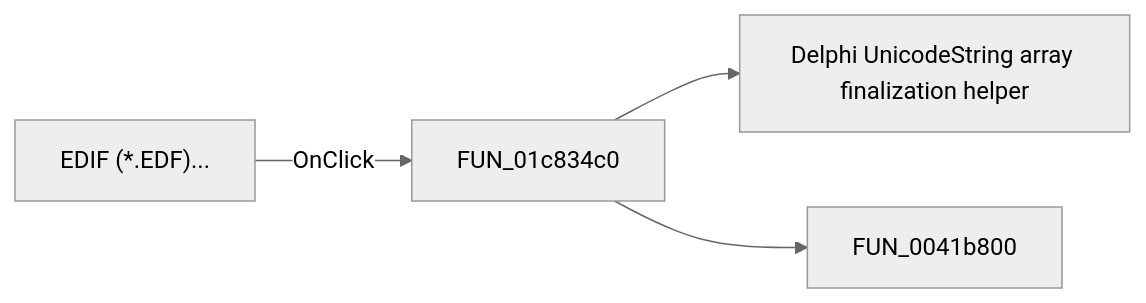
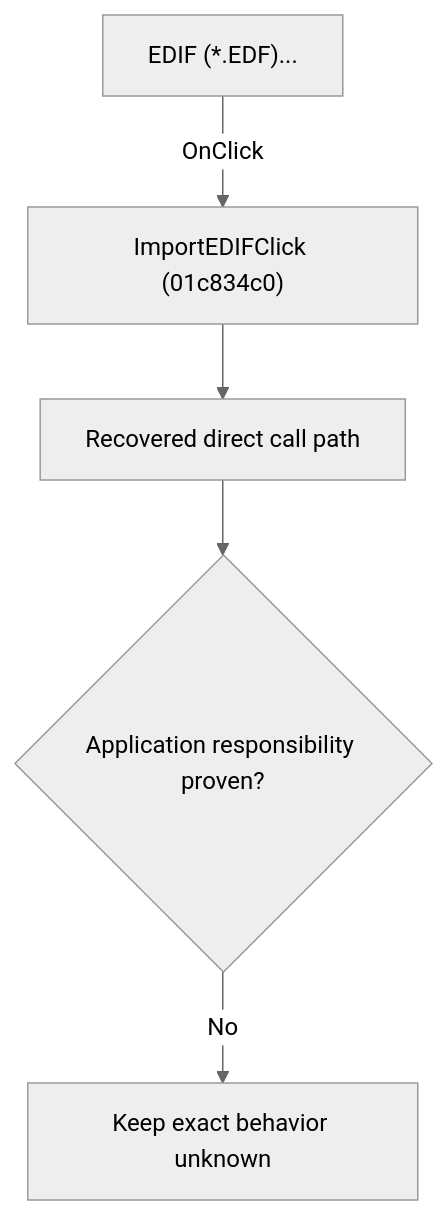
The diagram in docs/ui-controls/schematiceditor/importedif-8077540b56.md (MovGP0/TIARA), drawn with Mermaid (neutral theme) before and after one commit. The commit also changed other lines of this file and 1062 other files, not shown here.

````diff
--- a/docs/ui-controls/schematiceditor/importedif-8077540b56.md
+++ b/docs/ui-controls/schematiceditor/importedif-8077540b56.md
@@ -27,6 +27,7 @@
 ```mermaid
-flowchart LR
-    control["EDIF (*.EDF)..."] -->|OnClick| handler["FUN_01c834c0"]
-    handler --> call1["Delphi UnicodeString array finalization helper"]
-    handler --> call2["FUN_0041b800"]
+flowchart TD
+    control["EDIF (*.EDF)..."] -->|"OnClick"| handler["ImportEDIFClick (01c834c0)"]
+    handler --> recovered["Recovered direct call path"]
+    recovered --> gap{"Application responsibility proven?"}
+    gap -->|"No"| blocked["Keep exact behavior unknown"]
 ```
````
